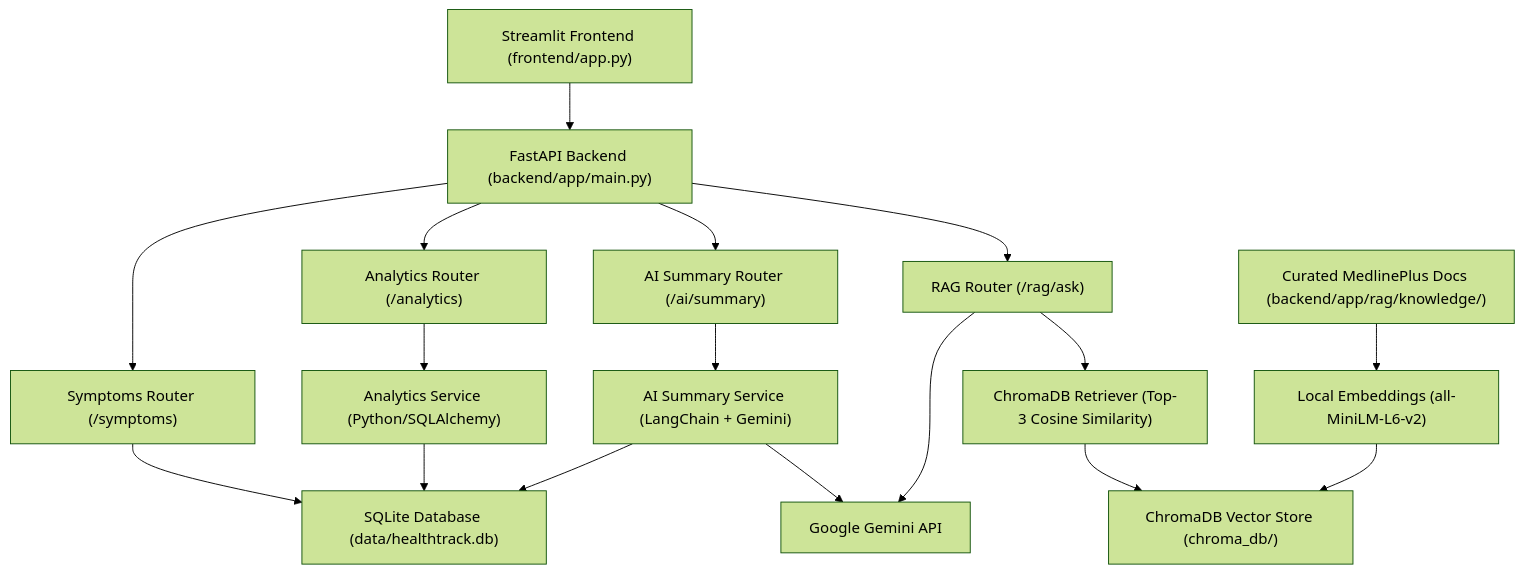
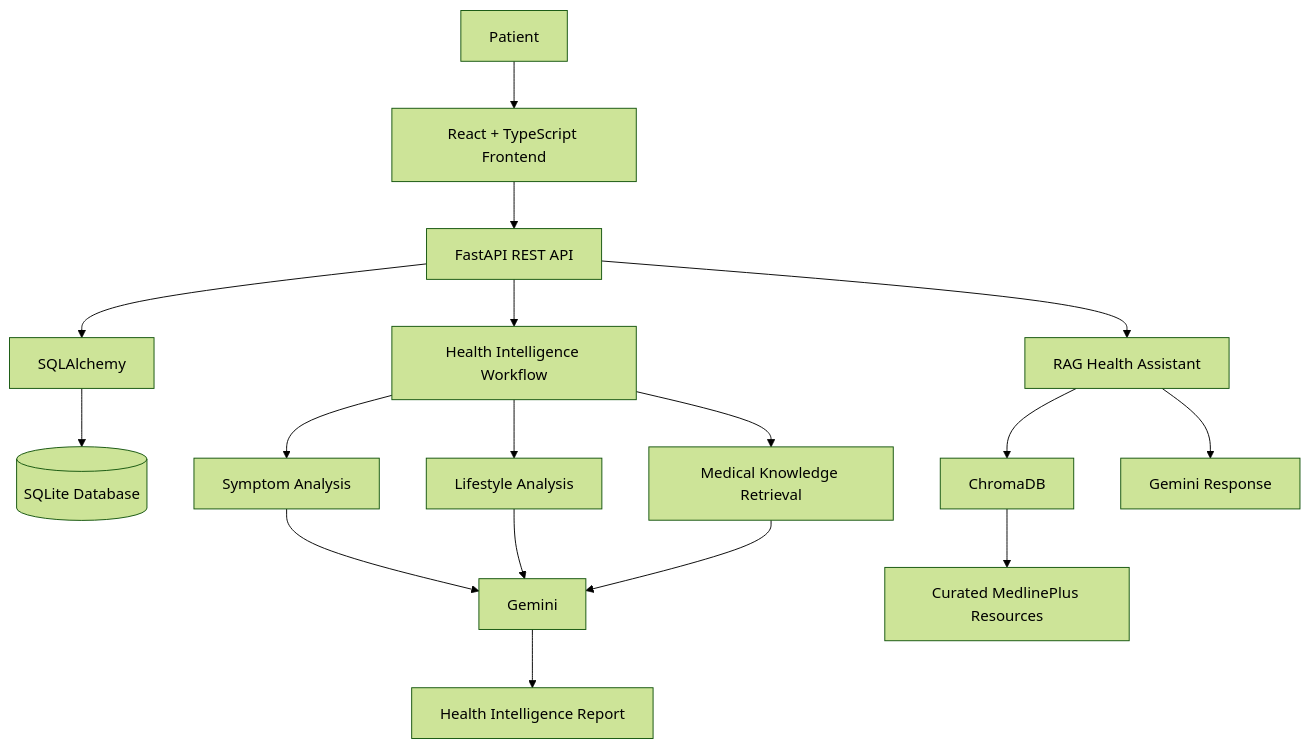
One commit to ishaankonathala/healthtrack-ai changed the diagram in README.md. Above: the diagram before and after it, drawn with Mermaid (forest theme). The commit also changed other lines of this file, not shown here.

First line of the commit message:
Revise README for HealthTrack AI project overview

````diff
--- a/README.md
+++ b/README.md
@@ -52,23 +101,21 @@
 ```mermaid
 flowchart TD
-    UI["Streamlit Frontend (frontend/app.py)"] --> API["FastAPI Backend (backend/app/main.py)"]
+    A["Patient"] --> B["React + TypeScript Frontend"]
+    B --> C["FastAPI REST API"]
+    C --> D["SQLAlchemy"]
+    D --> E[("SQLite Database")]
 
-    API --> Symptoms["Symptoms Router (/symptoms)"]
-    API --> Analytics["Analytics Router (/analytics)"]
-    API --> AI["AI Summary Router (/ai/summary)"]
-    API --> RAG["RAG Router (/rag/ask)"]
+    C --> F["Health Intelligence Workflow"]
+    F --> G["Symptom Analysis"]
+    F --> H["Lifestyle Analysis"]
+    F --> I["Medical Knowledge Retrieval"]
+    G --> J["Gemini"]
+    H --> J
+    I --> J
+    J --> K["Health Intelligence Report"]
 
-    Symptoms --> SQLite["SQLite Database (data/healthtrack.db)"]
-    Analytics --> AnalyticsSvc["Analytics Service (Python/SQLAlchemy)"]
-    AnalyticsSvc --> SQLite
-
-    AI --> AISvc["AI Summary Service (LangChain + Gemini)"]
-    AISvc --> SQLite
-    AISvc --> Gemini["Google Gemini API"]
-
-    RAG --> Retriever["ChromaDB Retriever (Top-3 Cosine Similarity)"]
-    Retriever --> Chroma["ChromaDB Vector Store (chroma_db/)"]
-    Embed["Local Embeddings (all-MiniLM-L6-v2)"] --> Chroma
-    Docs["Curated MedlinePlus Docs (backend/app/rag/knowledge/)"] --> Embed
-    RAG --> Gemini
+    C --> L["RAG Health Assistant"]
+    L --> M["ChromaDB"]
+    M --> N["Curated MedlinePlus Resources"]
+    L --> O["Gemini Response"]
 ```
````
